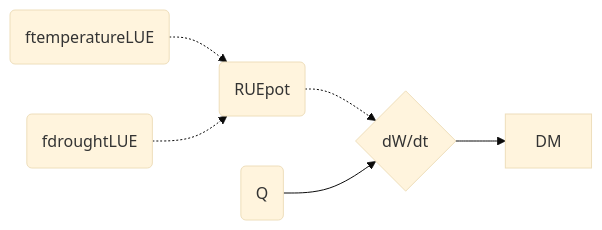
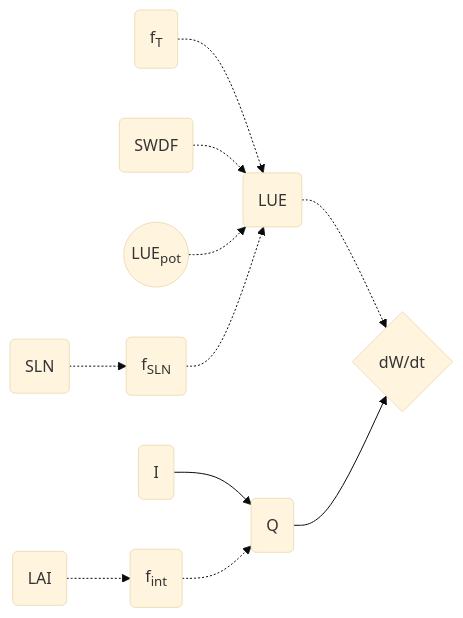
One commit to HenningKage/HumeWheatDoku changed the diagram in HUMEWheatDocu.qmd. Above: the diagram before and after it, drawn with Mermaid (base theme). The commit also changed other lines of this file and 9 other files, not shown here.

````diff
--- a/HUMEWheatDocu.qmd
+++ b/HUMEWheatDocu.qmd
@@ -160,12 +302,20 @@
 ```{mermaid}
-%%| fig-cap: diagram caption
+%%| fig-cap: Calculation of daily dry matter production in HUMEWheat. 
 %%| fig-align: center
+%%| label: fig-Modelscheme
+%%| ref-label: Modelscheme
 
 flowchart LR
-  A(RUEpot) -.-> F
-  C(ftemperatureLUE) -.-> A
-  D(fdroughtLUE) -.-> A
+  A(LUE) -.-> F
+  C(f<sub>T</sup>) -.-> A
+  D(SWDF) -.-> A
   E(Q) --> F{dW/dt}
-  F --> B[DM]
+  G(I) --> E
+  H(f<sub>int</sub>) -.-> E
+  I(LAI) -.-> H
+  J((LUE<sub>pot</sub>)) -.-> A
+  K(f<sub>SLN</sub>) -.-> A
+  L(SLN) -.-> K
   
+
 ```
````
